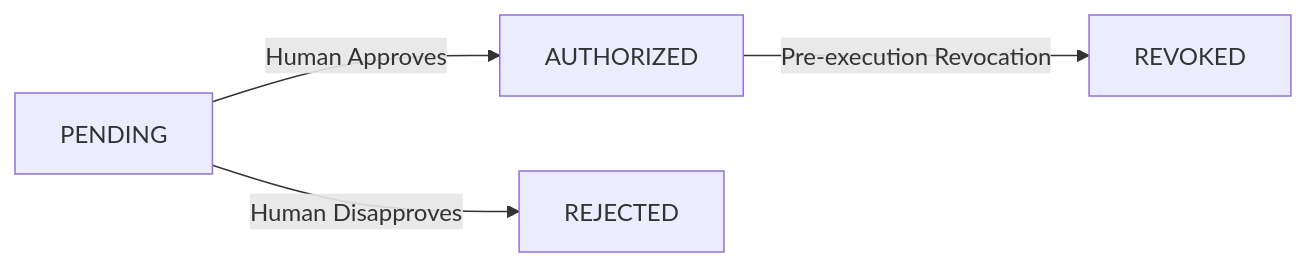
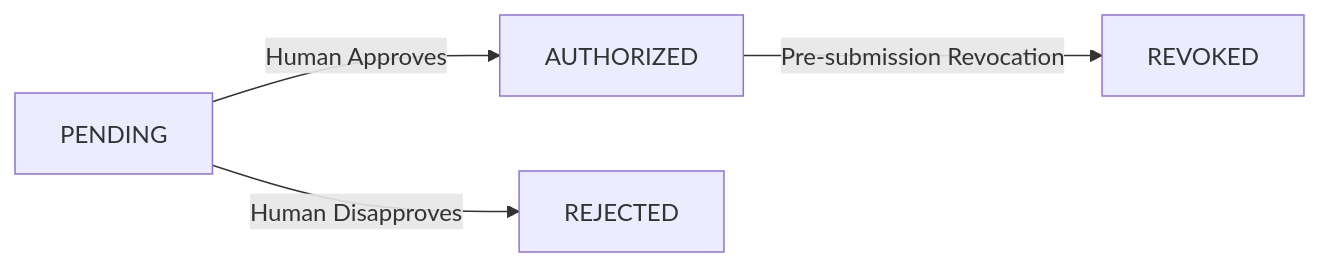
Before and after one commit to anuj14122007/Agent-Bounty: the fourth of 5 diagrams in docs/STATE_MACHINES.md, drawn with Mermaid. The commit also changed other lines of this file and 26 other files, not shown here.

````diff
--- a/docs/STATE_MACHINES.md
+++ b/docs/STATE_MACHINES.md
@@ -98,6 +99,6 @@
 ```mermaid
 flowchart LR
     PENDING -->|Human Approves| AUTHORIZED
     PENDING -->|Human Disapproves| REJECTED
-    AUTHORIZED -->|Pre-execution Revocation| REVOKED
+    AUTHORIZED -->|Pre-submission Revocation| REVOKED
 ```
````
